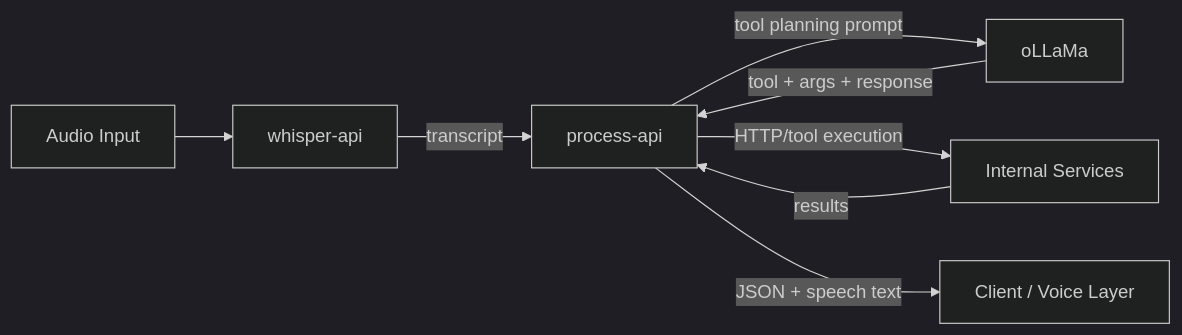
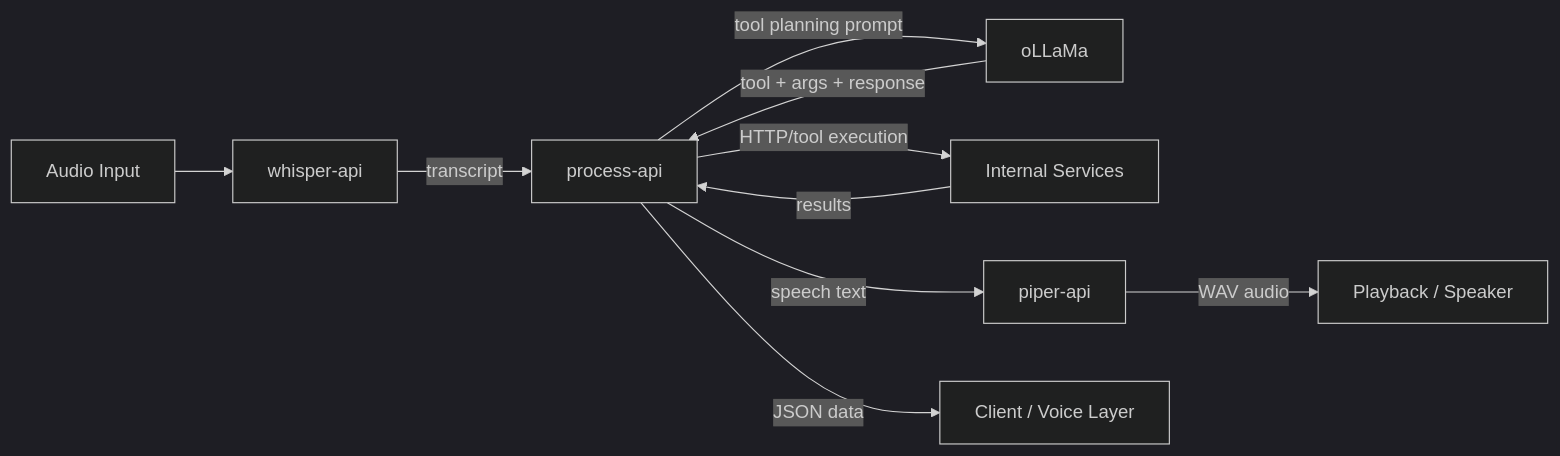
The first of 3 diagrams in docs/ARCHITECTURE.md (psyeo2/Clankassist), drawn with Mermaid (dark theme) before and after one commit. The commit also changed other lines of this file and 15 other files, not shown here.

````diff
--- a/docs/ARCHITECTURE.md
+++ b/docs/ARCHITECTURE.md
@@ -18,11 +19,13 @@
 ```mermaid
 flowchart LR
 
 audio[Audio Input] --> whisper[whisper-api]
 whisper -->|transcript| process[process-api]
 process -->|tool planning prompt| ollama[oLLaMa]
 ollama -->|tool + args + response| process
 process -->|HTTP/tool execution| services[Internal Services]
 services -->|results| process
-process -->|JSON + speech text| caller[Client / Voice Layer]
+process -->|speech text| piper[piper-api]
+piper -->|WAV audio| speaker[Playback / Speaker]
+process -->|JSON data| caller[Client / Voice Layer]
 ```
````
